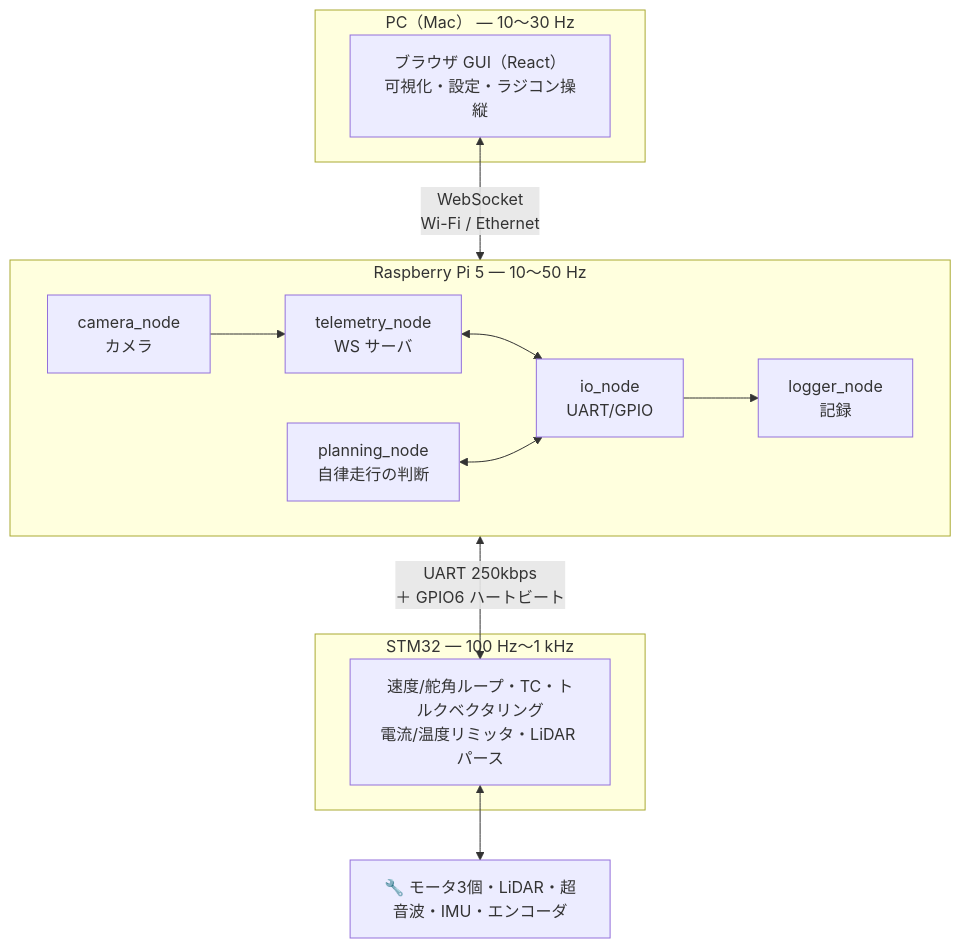
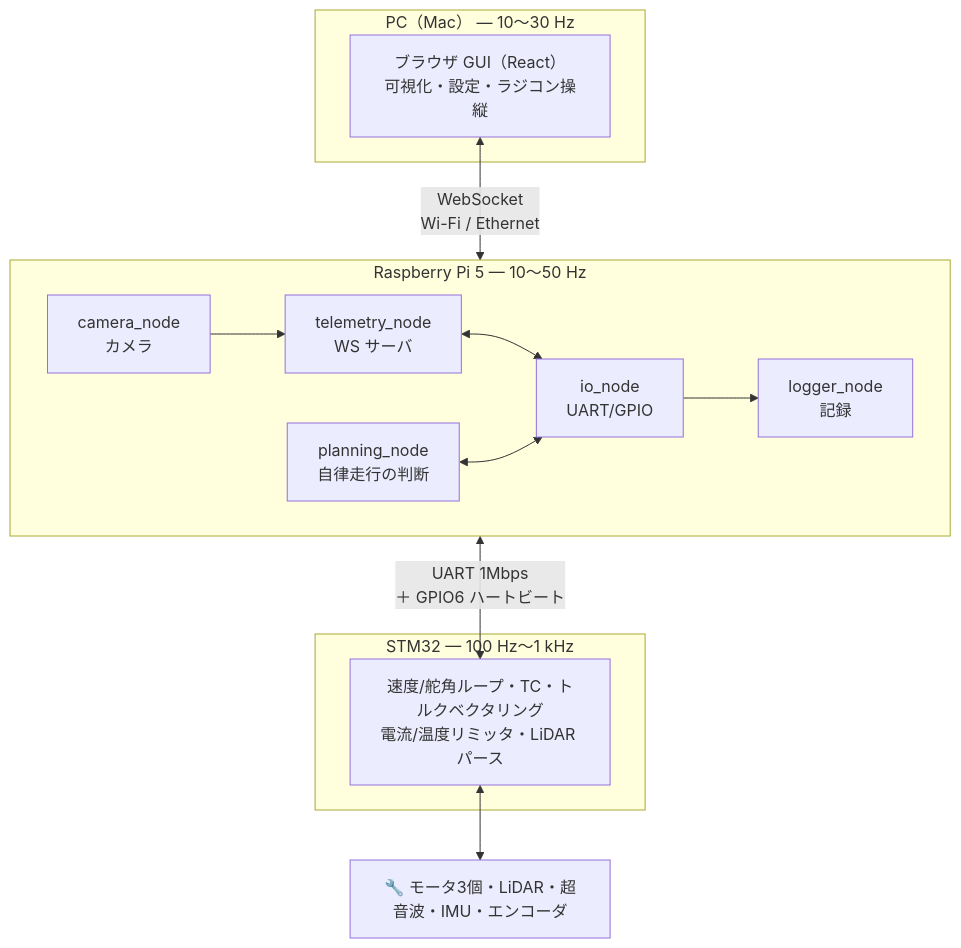
Before and after one commit to banbatakumi/AutonomousCar_RasPi: the first of 4 diagrams in surge_mk2/docs/system_overview.md, drawn with Mermaid. The commit also changed other lines of this file and 69 other files, not shown here.

````diff
--- a/surge_mk2/docs/system_overview.md
+++ b/surge_mk2/docs/system_overview.md
@@ -36,29 +36,29 @@
 ```mermaid
 flowchart TB
     subgraph PC["PC（Mac） — 10〜30 Hz"]
         GUI["ブラウザ GUI（React）<br/>可視化・設定・ラジコン操縦"]
     end
 
     subgraph PI["Raspberry Pi 5 — 10〜50 Hz"]
         direction LR
         IO["io_node<br/>UART/GPIO"]
         PLAN["planning_node<br/>自律走行の判断"]
         TELE["telemetry_node<br/>WS サーバ"]
         CAM["camera_node<br/>カメラ"]
         LOG["logger_node<br/>記録"]
     end
 
     subgraph STM["STM32 — 100 Hz〜1 kHz"]
         CTRL["速度/舵角ループ・TC・トルクベクタリング<br/>電流/温度リミッタ・LiDAR パース"]
     end
 
     HW["🔧 モータ3個・LiDAR・超音波・IMU・エンコーダ"]
 
     GUI <-->|"WebSocket<br/>Wi-Fi / Ethernet"| TELE
     TELE <--> IO
     PLAN <--> IO
     CAM --> TELE
     IO --> LOG
-    IO <-->|"UART 250kbps<br/>＋ GPIO6 ハートビート"| CTRL
+    IO <-->|"UART 1Mbps<br/>＋ GPIO6 ハートビート"| CTRL
     CTRL <--> HW
 ```
````
